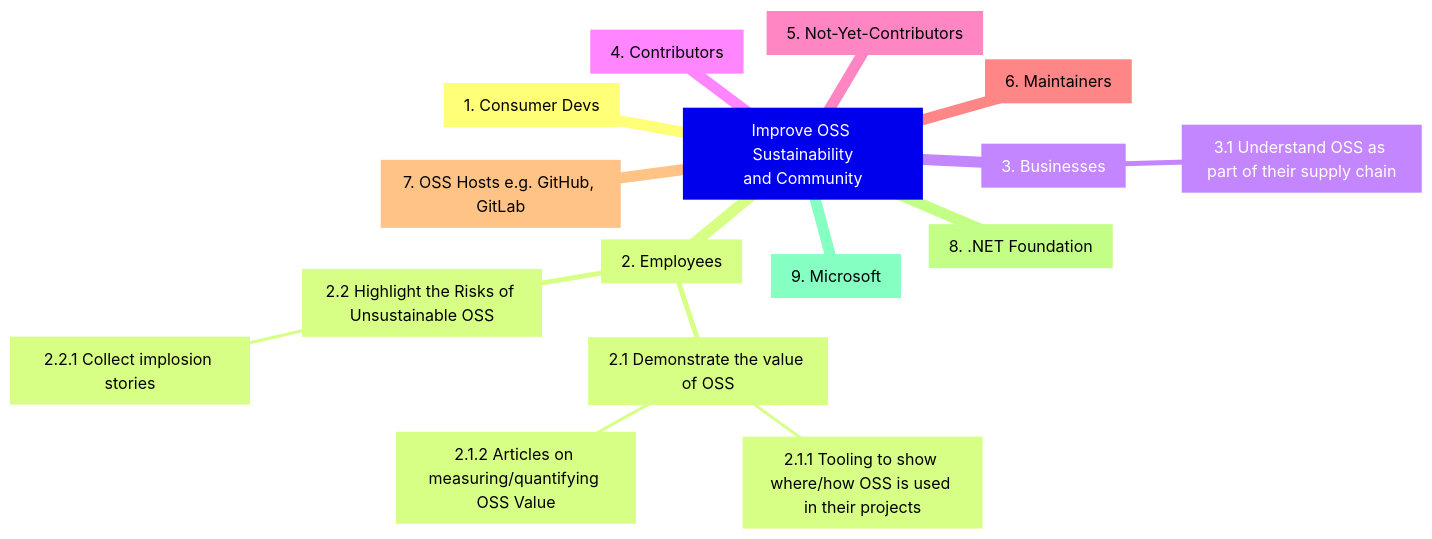
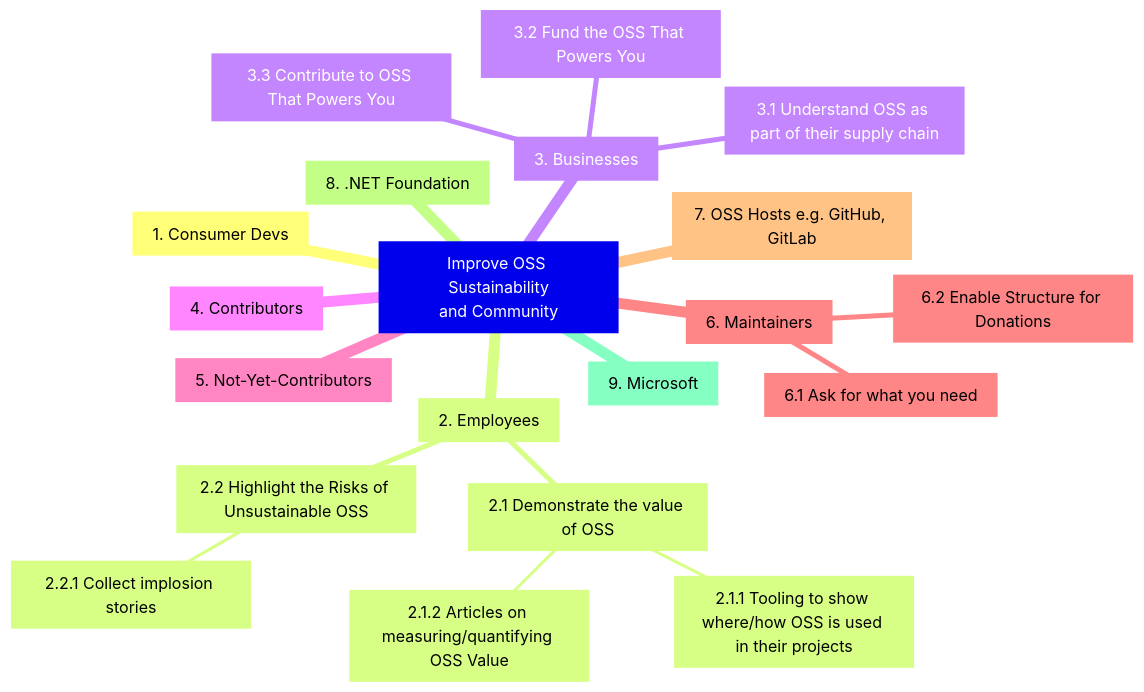
Before and after one commit to ossrich/home: the diagram in ImpactMap.md, drawn with Mermaid.

````diff
--- a/ImpactMap.md
+++ b/ImpactMap.md
@@ -20,19 +20,23 @@
 ```mermaid
 mindmap
   root[Improve OSS Sustainability<br/>and Community]
     1[1. Consumer Devs]
     2[2. Employees]
       2.1[2.1 Demonstrate the value of OSS]
         2.1.1[2.1.1 Tooling to show where/how OSS is used in their projects]
         2.1.2[2.1.2 Articles on measuring/quantifying OSS Value]
       2.2[2.2 Highlight the Risks of Unsustainable OSS]
         2.2.1[2.2.1 Collect implosion stories]
     3[3. Businesses]
       3.1[3.1 Understand OSS as part of their supply chain]
+      3.2[3.2 Fund the OSS That Powers You]
+      3.3[3.3 Contribute to OSS That Powers You]
     4[4. Contributors]
     5[5. Not-Yet-Contributors]
     6[6. Maintainers]
+      6.1[6.1 Ask for what you need]
+      6.2[6.2 Enable Structure for Donations]
     7[7. OSS Hosts e.g. GitHub, GitLab]
     8[8. .NET Foundation]
     9[9. Microsoft]
 ```
````
